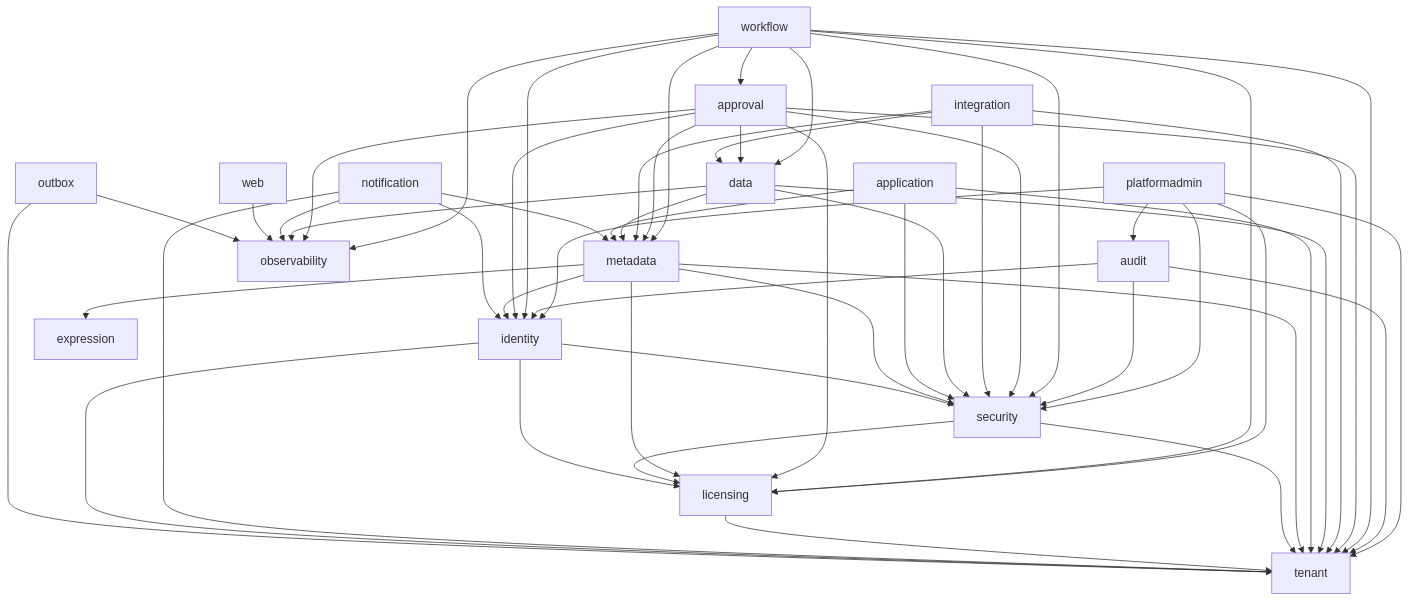
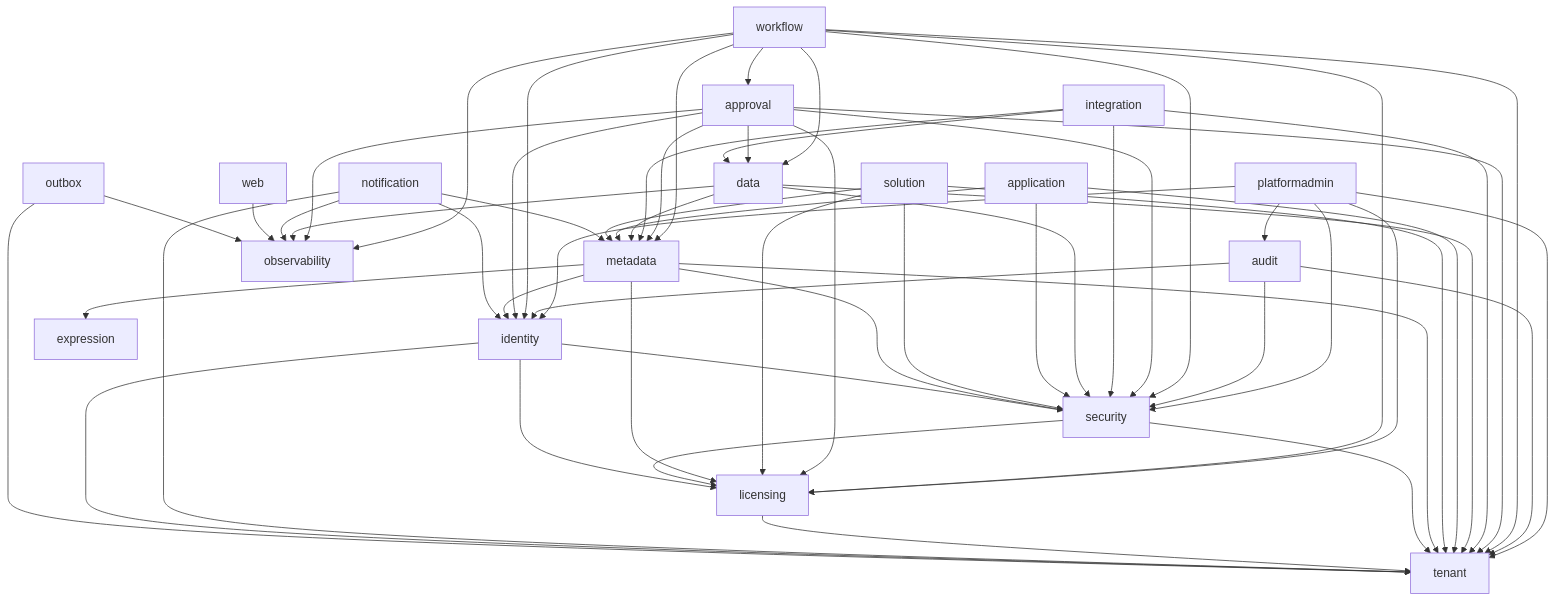
One commit to JKCloudbridge/SaaSJAVA changed the diagram in docs/modules.md. Above: the diagram before and after it, drawn with Mermaid. The commit also changed other lines of this file and 94 other files, not shown here.

````diff
--- a/docs/modules.md
+++ b/docs/modules.md
@@ -31,17 +32,18 @@
 ```mermaid
 graph TD
   platformadmin --> licensing & identity & security & audit & tenant
   audit --> identity & security & tenant
   workflow --> data & metadata & security & identity & licensing & observability & tenant & approval
   approval --> data & metadata & security & identity & licensing & tenant & observability
   integration --> data & metadata & security & tenant
   data --> metadata & security & tenant & observability
   application --> metadata & security & tenant
+  solution --> metadata & security & licensing & tenant
   metadata --> security & identity & tenant & expression & licensing
   security --> licensing & tenant
   licensing --> tenant
   notification --> identity & tenant & observability & metadata
   identity --> tenant & licensing & security
   web --> observability
   outbox --> tenant & observability
 ```
````
